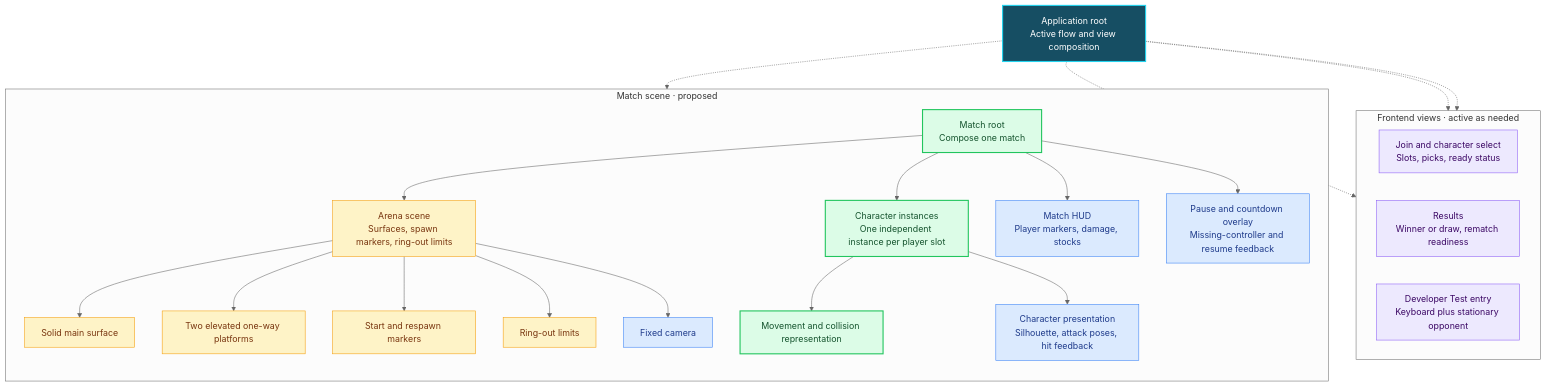
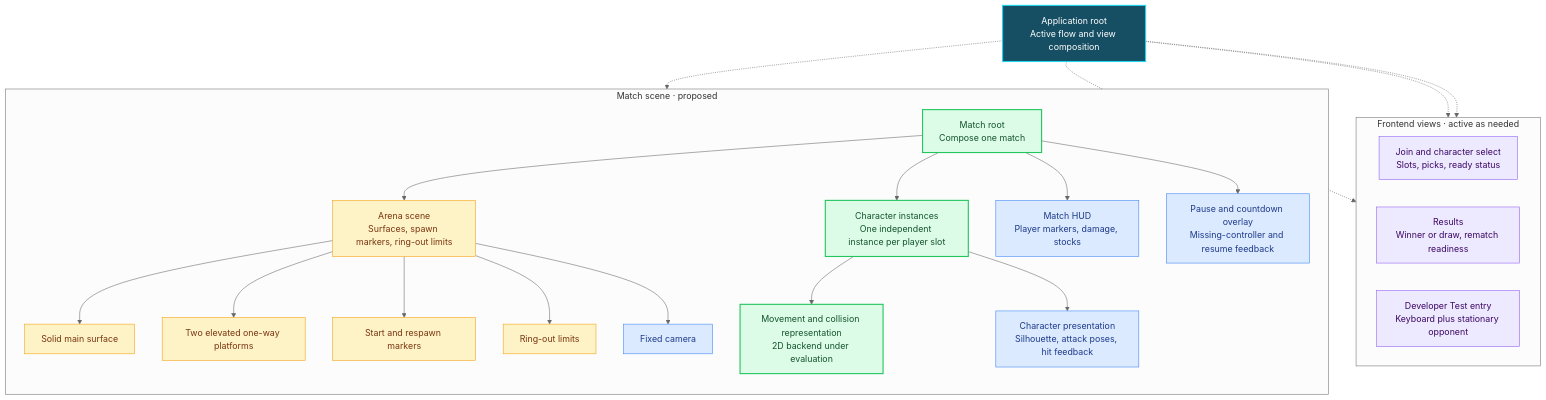
Before and after one commit to Fusion2k/smash-fight: the diagram in docs/architecture/scene-map.md, drawn with Mermaid (neutral theme). The commit also changed other lines of this file and 3 other files, not shown here.

````diff
--- a/docs/architecture/scene-map.md
+++ b/docs/architecture/scene-map.md
@@ -11,54 +11,54 @@
 ```mermaid
 flowchart TB
     App["Application root<br/>Active flow and view composition"]
 
     subgraph Frontend["Frontend views · active as needed"]
         direction LR
         Join["Join and character select<br/>Slots, picks, ready status"]
         Results["Results<br/>Winner or draw, rematch readiness"]
         Dev["Developer Test entry<br/>Keyboard plus stationary opponent"]
     end
 
     subgraph Gameplay["Match scene · proposed"]
         direction TB
         Match["Match root<br/>Compose one match"]
         Arena["Arena scene<br/>Surfaces, spawn markers, ring-out limits"]
         Characters["Character instances<br/>One independent instance per player slot"]
         HUD["Match HUD<br/>Player markers, damage, stocks"]
         Overlay["Pause and countdown overlay<br/>Missing-controller and resume feedback"]
         Match --> Arena
         Match --> Characters
         Match --> HUD
         Match --> Overlay
         Main["Solid main surface"]
         Platforms["Two elevated one-way platforms"]
         Markers["Start and respawn markers"]
         Limits["Ring-out limits"]
         Camera["Fixed camera"]
         Arena --> Main
         Arena --> Platforms
         Arena --> Markers
         Arena --> Limits
         Arena --> Camera
-        Body["Movement and collision representation"]
+        Body["Movement and collision representation<br/>2D backend under evaluation"]
         Visual["Character presentation<br/>Silhouette, attack poses, hit feedback"]
         Characters --> Body
         Characters --> Visual
     end
 
     App -.-> Join
     App -.-> Results
     App -.-> Dev
     App -.-> Match
 
     classDef application fill:#164e63,color:#ffffff,stroke:#22d3ee,stroke-width:2px;
     classDef flow fill:#ede9fe,color:#3b0764,stroke:#8b5cf6;
     classDef gameplay fill:#dcfce7,color:#14532d,stroke:#22c55e,stroke-width:2px;
     classDef content fill:#fef3c7,color:#78350f,stroke:#f59e0b;
     classDef presentation fill:#dbeafe,color:#1e3a8a,stroke:#3b82f6;
     class App application;
     class Join,Results,Dev flow;
     class Match,Characters,Body gameplay;
     class Arena,Main,Platforms,Markers,Limits content;
     class HUD,Overlay,Camera,Visual presentation;
 ```
````
